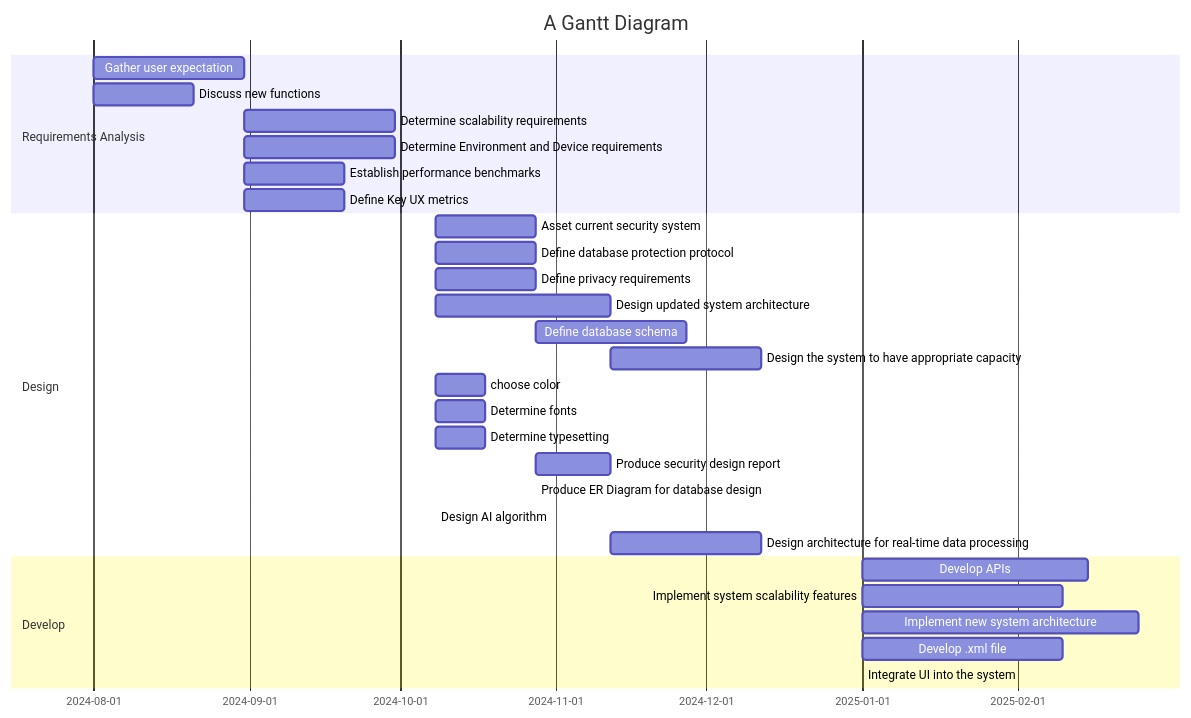
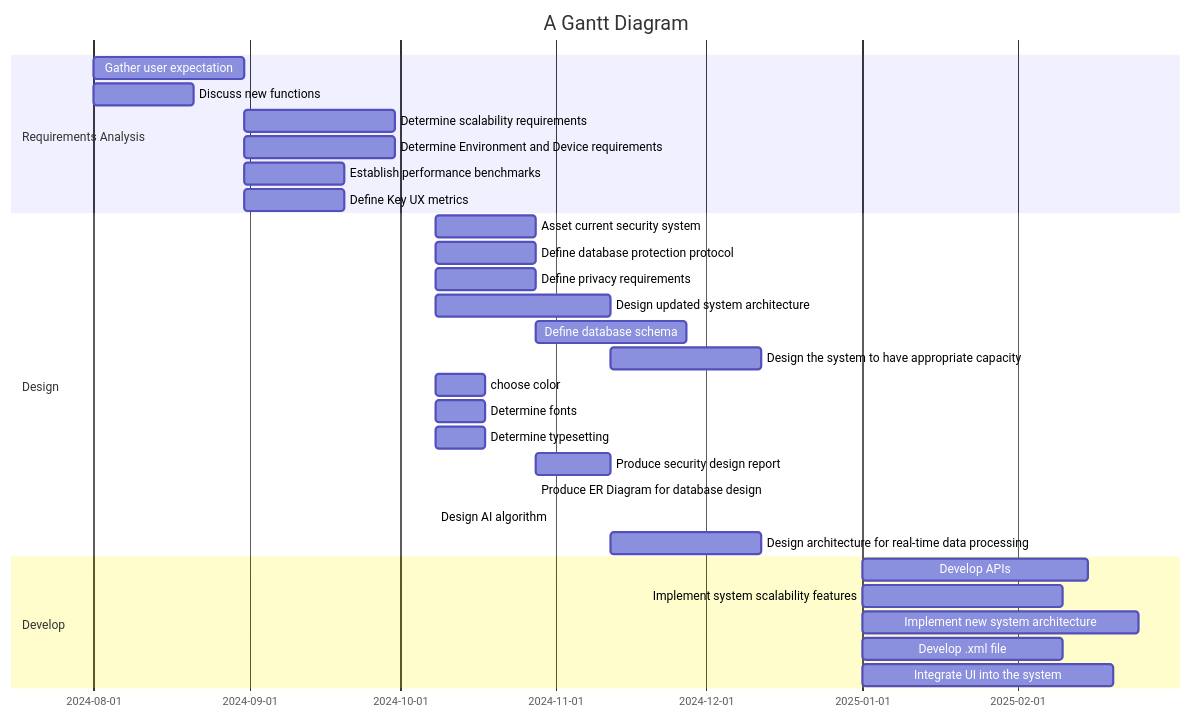
Before and after one commit to sayshelley/iodraw-files: the diagram in all/Untitled-3.md, drawn with Mermaid.

Commit message:
2024-10-06 23:18:19 update

````diff
--- a/all/Untitled-3.md
+++ b/all/Untitled-3.md
@@ -1,38 +1,39 @@
 ```mermaid
 gantt
     title A Gantt Diagram
     dateFormat  YYYY-MM-DD
     section Requirements Analysis
         Gather user expectation: a4, 2024-08-01, 30d
         Discuss new functions: a6, 2024-08-01, 20d
         Determine scalability requirements: a1, after a4, 30d
         Determine Environment and Device requirements: a2, after a4, 30d
         Establish performance benchmarks: a3, after a4, 20d
         Define Key UX metrics: a5, after a4, 20d
         
     section Design
         Asset current security system: b1, 2024-10-08, 20d
         Define database protection protocol: b2, 2024-10-08, 20d
         Define privacy requirements: b3, 2024-10-08, 20d
         Design updated system architecture: b4, 2024-10-08, 35d
         Define database schema: b5, after b2, 30d
         Design the system to have appropriate capacity: b6, after b4, 30d
         choose color: b7, 2024-10-08, 10d
         Determine fonts: b8, 2024-10-08, 10d
         Determine typesetting: b9, 2024-10-08, 10d
         Produce security design report: b10, 2024-10-28 ,15d
         Produce ER Diagram for database design: b11, 2024-10-28, 15
         Design AI algorithm: b12, 2024-10-08, 35
         Design architecture for real-time data processing: b13, 2024-11-12,30d
     section Develop
         Develop APIs: c1, 2025-01-01, 45d
         Implement system scalability features: c2, 2025-01-01, 40d
         Implement new system architecture: c3, 2025-01-01, 55d
         Develop .xml file: c4, 2025-01-01, 40d
-        Integrate UI into the system: c5, 2025-01-01, 
+        Integrate UI into the system: c5, 2025-01-01, 50d
+        
 
     
 
 
    
 ```
````
